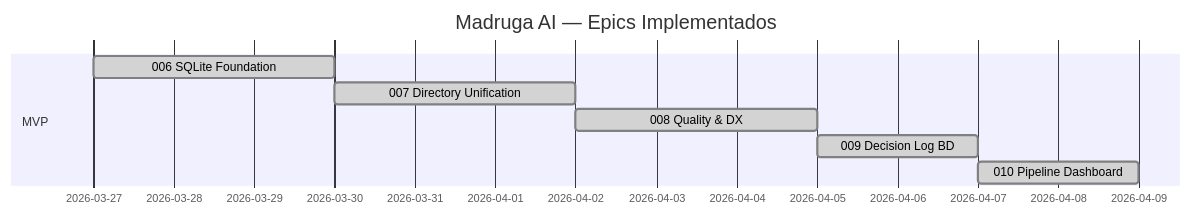
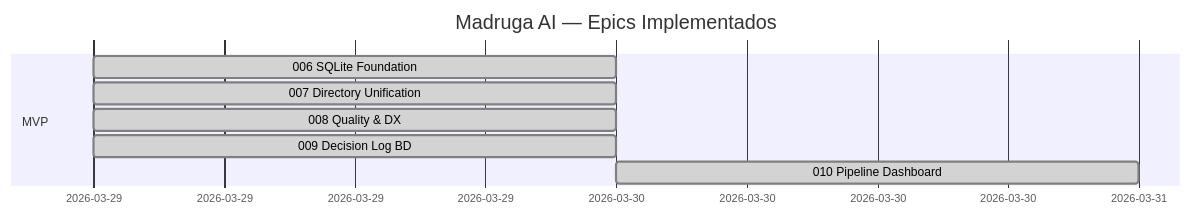
One commit to paceautomations/madruga.ai changed the diagram in platforms/madruga-ai/planning/roadmap.md. Above: the diagram before and after it, drawn with Mermaid. The commit also changed other lines of this file and 16 other files, not shown here.

````diff
--- a/platforms/madruga-ai/planning/roadmap.md
+++ b/platforms/madruga-ai/planning/roadmap.md
@@ -21,11 +9,11 @@
 ```mermaid
 gantt
     title Madruga AI — Epics Implementados
     dateFormat YYYY-MM-DD
     section MVP
-    006 SQLite Foundation       :done, e006, 2026-03-27, 3d
-    007 Directory Unification   :done, e007, after e006, 3d
-    008 Quality & DX            :done, e008, after e007, 3d
-    009 Decision Log BD         :done, e009, after e008, 2d
-    010 Pipeline Dashboard      :done, e010, after e009, 2d
+    006 SQLite Foundation       :done, e006, 2026-03-29, 1d
+    007 Directory Unification   :done, e007, 2026-03-29, 1d
+    008 Quality & DX            :done, e008, 2026-03-29, 1d
+    009 Decision Log BD         :done, e009, 2026-03-29, 1d
+    010 Pipeline Dashboard      :done, e010, 2026-03-30, 1d
 ```
````
